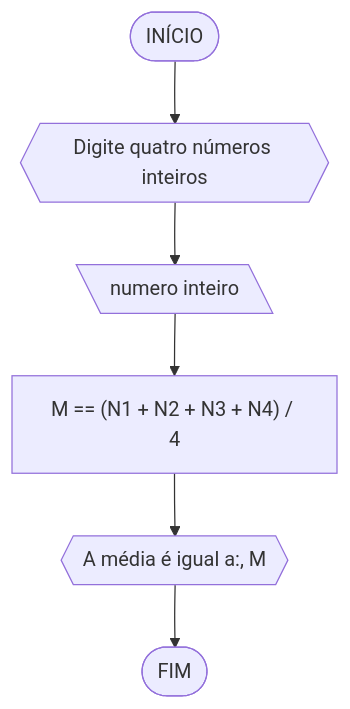
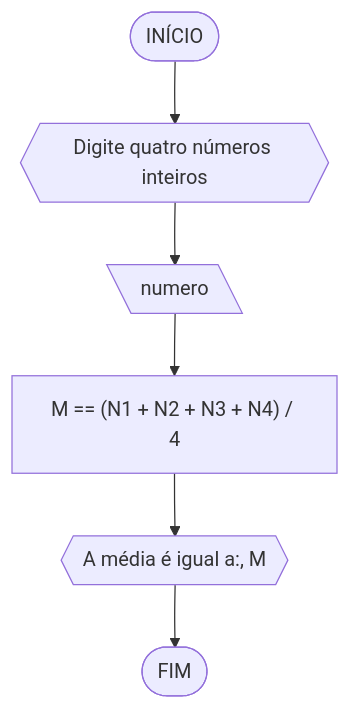
One commit to LucasCarreiro7/UNIFOR changed the first of 4 diagrams in RLA/AF1/lista02.md. Above: the diagram before and after it, drawn with Mermaid. The commit also changed other lines of this file, not shown here.

````diff
--- a/RLA/AF1/lista02.md
+++ b/RLA/AF1/lista02.md
@@ -22,8 +22,8 @@
 ```mermaid
 flowchart TD
 A([INÍCIO]) --> B{{Digite quatro números inteiros}}
-B --> C[\numero inteiro\]
+B --> C[\numero\]
 C --> D["M == (N1 + N2 + N3 + N4) / 4"]
 D --> E{{A média é igual a:, M}}
 E --> Z([FIM])
 ```
````
